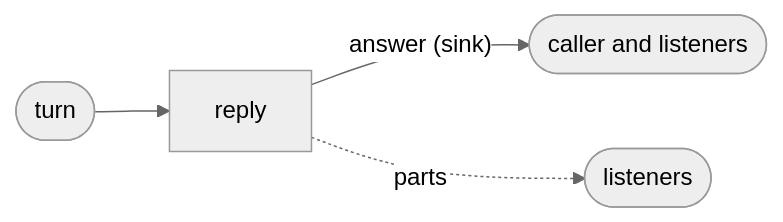
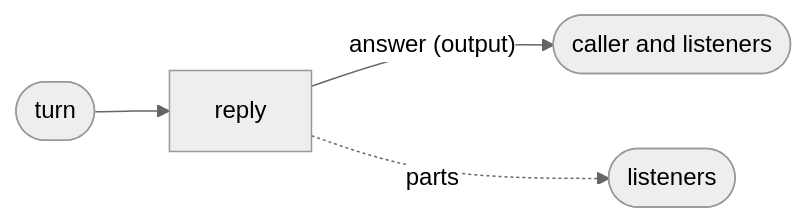
The diagram in docs/topics/advanced/streamed_answers.md (Flezha/flezha), drawn with Mermaid (neutral theme) before and after one commit. The commit also changed other lines of this file and 236 other files, not shown here.

First line of the commit message:
Call a relay's exit an output instead of a sink

````diff
--- a/docs/topics/advanced/streamed_answers.md
+++ b/docs/topics/advanced/streamed_answers.md
@@ -28,5 +28,5 @@
 ```mermaid
 flowchart LR
-    T(["turn"]) --> R["reply"] -->|"answer (sink)"| C(["caller and listeners"])
+    T(["turn"]) --> R["reply"] -->|"answer (output)"| C(["caller and listeners"])
     R -. "parts" .-> L(["listeners"])
 ```
````
